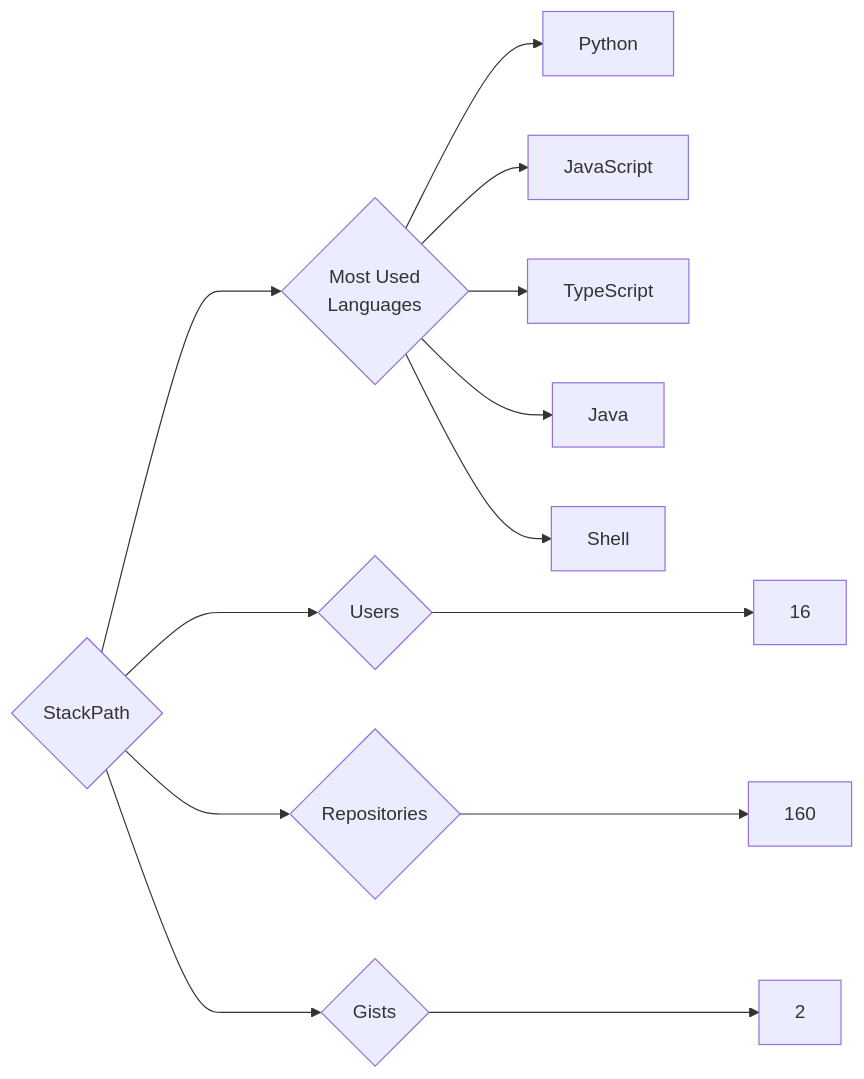
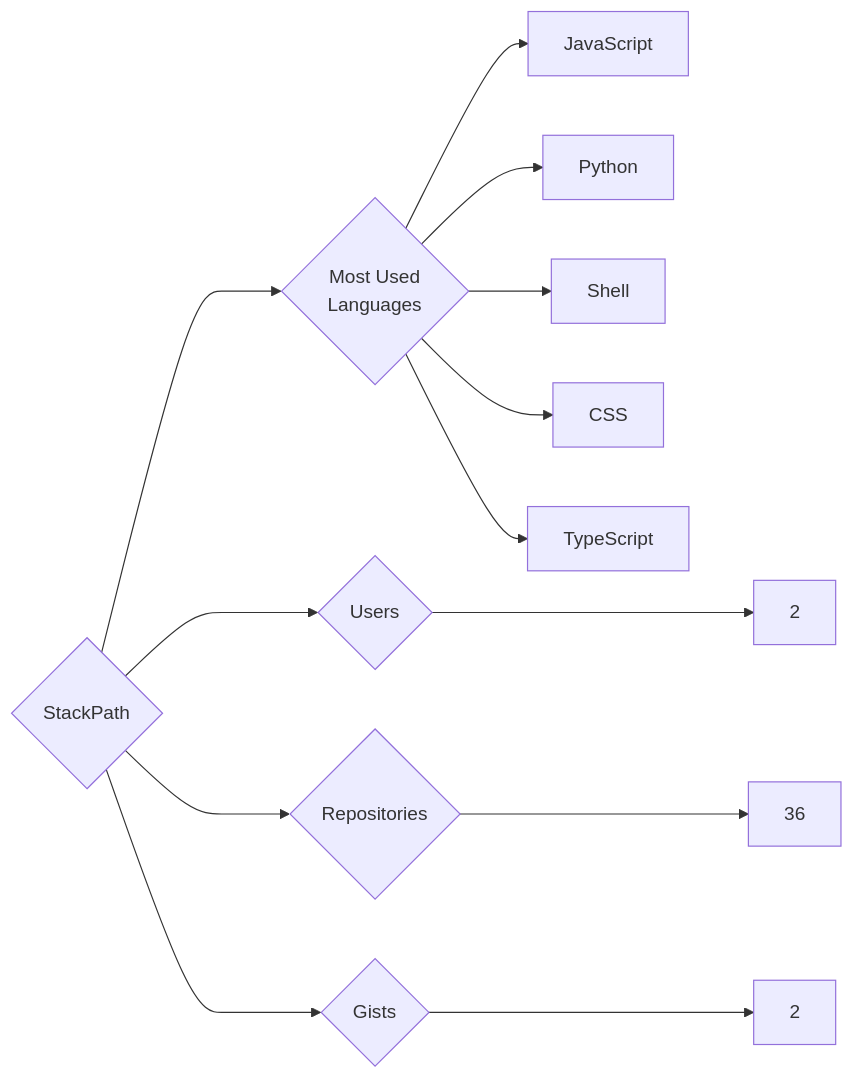
The diagram in targets/StackPath/README.md (trickest/insiders), drawn with Mermaid before and after one commit. The commit also changed 928 other files, not shown here.

````diff
--- a/targets/StackPath/README.md
+++ b/targets/StackPath/README.md
@@ -3,13 +3,13 @@
 ```mermaid
 graph LR
 COMPANY_NAME{StackPath}
-COMPANY_NAME ---> U{Users} ---> UN[16]
-COMPANY_NAME ---> R{Repositories} ---> RN[160]
+COMPANY_NAME ---> U{Users} ---> UN[2]
+COMPANY_NAME ---> R{Repositories} ---> RN[36]
 COMPANY_NAME ---> G{Gists} ---> GN[2]
 COMPANY_NAME ---> ML{Most Used<br>Languages}
+ML --> JavaScript[JavaScript]
 ML --> Python[Python]
-ML --> JavaScript[JavaScript]
+ML --> Shell[Shell]
+ML --> CSS[CSS]
 ML --> TypeScript[TypeScript]
-ML --> Java[Java]
-ML --> Shell[Shell]
 ```
````
